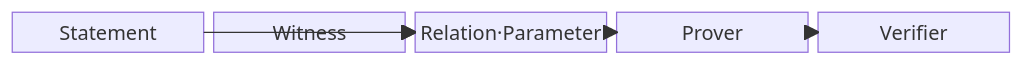
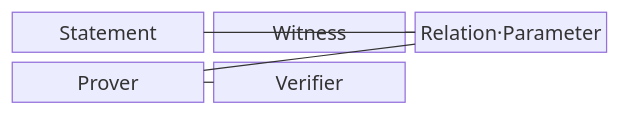
The first of 2 diagrams in src/content/docs/notes/08-latest-tech/222_zero_knowledge_proof.md (agnusdei1207/knowledge-base), drawn with Mermaid before and after one commit. The commit also changed other lines of this file and 53 other files, not shown here.

````diff
--- a/src/content/docs/notes/08-latest-tech/222_zero_knowledge_proof.md
+++ b/src/content/docs/notes/08-latest-tech/222_zero_knowledge_proof.md
@@ -53,13 +53,13 @@
 ```mermaid
 block-beta
-  columns 5
+  columns 3
   A["Statement"]
   B["Witness"]
   C["Relation·Parameter"]
   D["Prover"]
   E["Verifier"]
-  A --> C
-  B --> C
-  C --> D
-  D --> E
+  A --- C
+  B --- C
+  C --- D
+  D --- E
 ```
````
